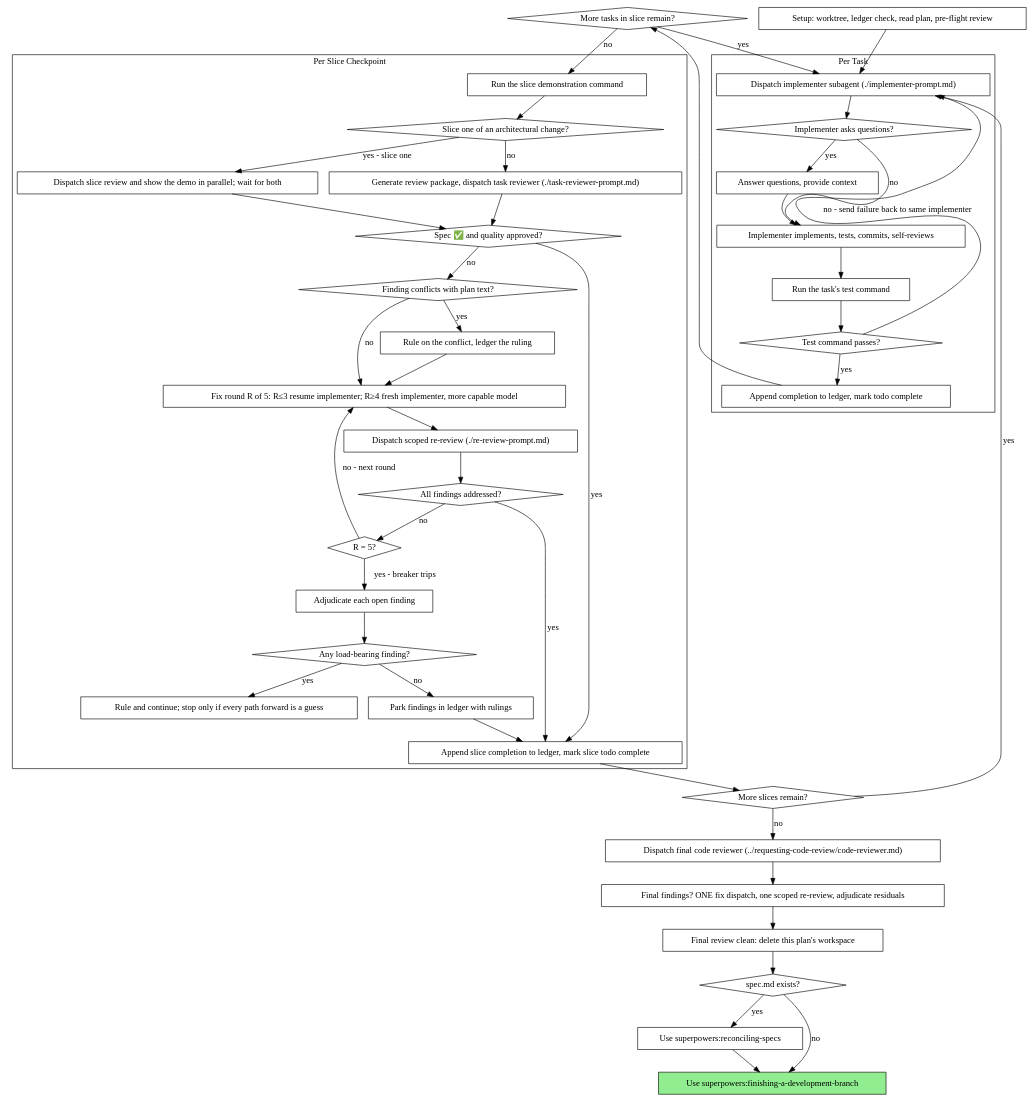
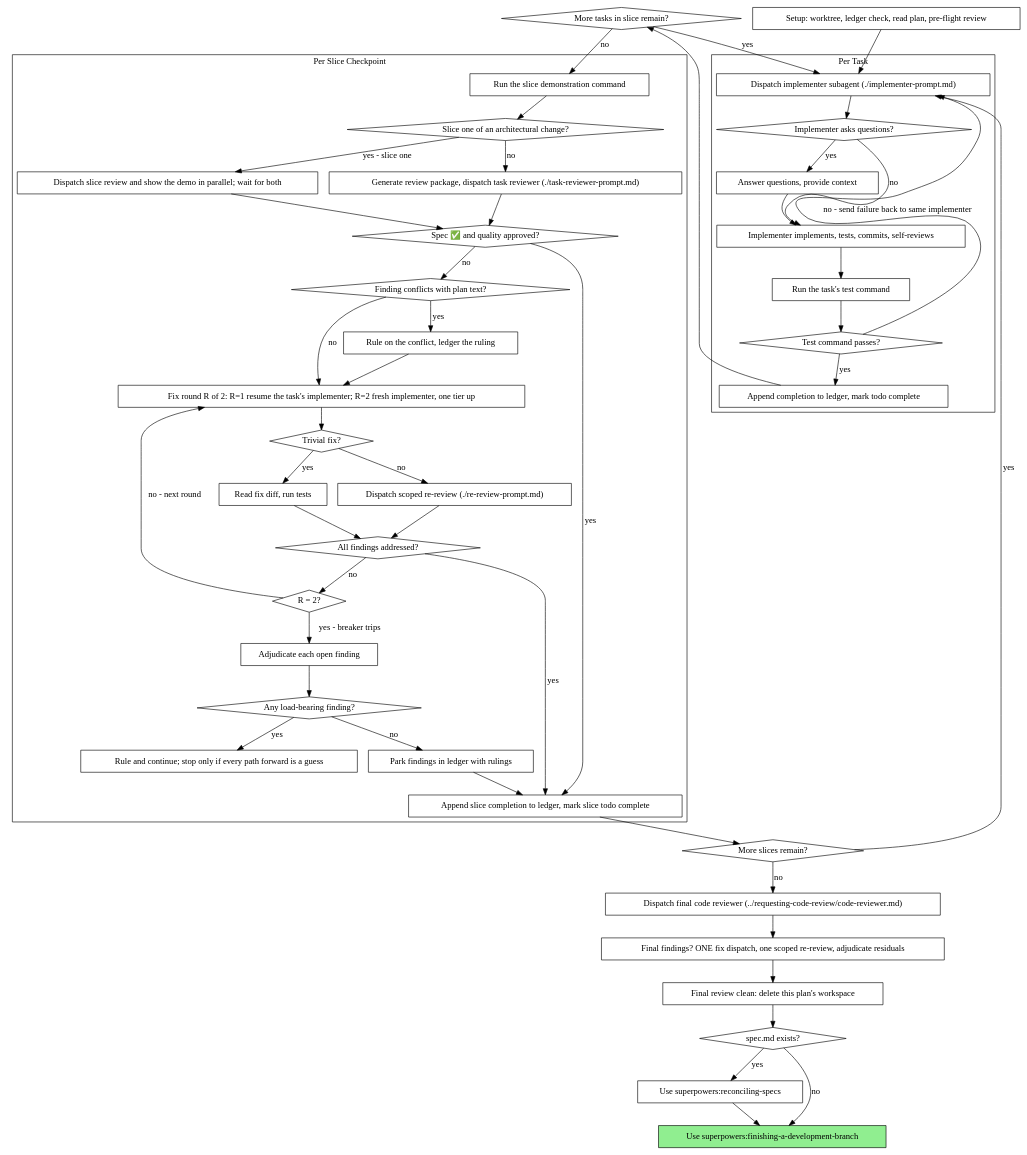
The second of 2 diagrams in skills/subagent-driven-development/SKILL.md (BlastBlastBlast/more_superpowers), drawn with Graphviz before and after one commit. The commit also changed other lines of this file and 1 other file, not shown here.

Commit message:
feat: SDD caps the fix loop at two rounds and skips re-review for trivial fixes

```diff
--- a/skills/subagent-driven-development/SKILL.md
+++ b/skills/subagent-driven-development/SKILL.md
@@ -96,10 +96,12 @@
         "Spec ✅ and quality approved?" [shape=diamond];
         "Finding conflicts with plan text?" [shape=diamond];
         "Rule on the conflict, ledger the ruling" [shape=box];
-        "Fix round R of 5: R≤3 resume implementer; R≥4 fresh implementer, more capable model" [shape=box];
+        "Fix round R of 2: R=1 resume the task's implementer; R=2 fresh implementer, one tier up" [shape=box];
+        "Trivial fix?" [shape=diamond];
+        "Read fix diff, run tests" [shape=box];
         "Dispatch scoped re-review (./re-review-prompt.md)" [shape=box];
         "All findings addressed?" [shape=diamond];
-        "R = 5?" [shape=diamond];
+        "R = 2?" [shape=diamond];
         "Adjudicate each open finding" [shape=box];
         "Any load-bearing finding?" [shape=diamond];
         "Rule and continue; stop only if every path forward is a guess" [shape=box];
@@ -137,14 +139,17 @@
     "Spec ✅ and quality approved?" -> "Append slice completion to ledger, mark slice todo complete" [label="yes"];
     "Spec ✅ and quality approved?" -> "Finding conflicts with plan text?" [label="no"];
     "Finding conflicts with plan text?" -> "Rule on the conflict, ledger the ruling" [label="yes"];
-    "Rule on the conflict, ledger the ruling" -> "Fix round R of 5: R≤3 resume implementer; R≥4 fresh implementer, more capable model";
-    "Finding conflicts with plan text?" -> "Fix round R of 5: R≤3 resume implementer; R≥4 fresh implementer, more capable model" [label="no"];
-    "Fix round R of 5: R≤3 resume implementer; R≥4 fresh implementer, more capable model" -> "Dispatch scoped re-review (./re-review-prompt.md)";
+    "Rule on the conflict, ledger the ruling" -> "Fix round R of 2: R=1 resume the task's implementer; R=2 fresh implementer, one tier up";
+    "Finding conflicts with plan text?" -> "Fix round R of 2: R=1 resume the task's implementer; R=2 fresh implementer, one tier up" [label="no"];
+    "Fix round R of 2: R=1 resume the task's implementer; R=2 fresh implementer, one tier up" -> "Trivial fix?";
+    "Trivial fix?" -> "Read fix diff, run tests" [label="yes"];
+    "Trivial fix?" -> "Dispatch scoped re-review (./re-review-prompt.md)" [label="no"];
+    "Read fix diff, run tests" -> "All findings addressed?";
     "Dispatch scoped re-review (./re-review-prompt.md)" -> "All findings addressed?";
     "All findings addressed?" -> "Append slice completion to ledger, mark slice todo complete" [label="yes"];
-    "All findings addressed?" -> "R = 5?" [label="no"];
-    "R = 5?" -> "Fix round R of 5: R≤3 resume implementer; R≥4 fresh implementer, more capable model" [label="no - next round"];
-    "R = 5?" -> "Adjudicate each open finding" [label="yes - breaker trips"];
+    "All findings addressed?" -> "R = 2?" [label="no"];
+    "R = 2?" -> "Fix round R of 2: R=1 resume the task's implementer; R=2 fresh implementer, one tier up" [label="no - next round"];
+    "R = 2?" -> "Adjudicate each open finding" [label="yes - breaker trips"];
     "Adjudicate each open finding" -> "Any load-bearing finding?";
     "Any load-bearing finding?" -> "Rule and continue; stop only if every path forward is a guess" [label="yes"];
     "Any load-bearing finding?" -> "Park findings in ledger with rulings" [label="no"];
```
